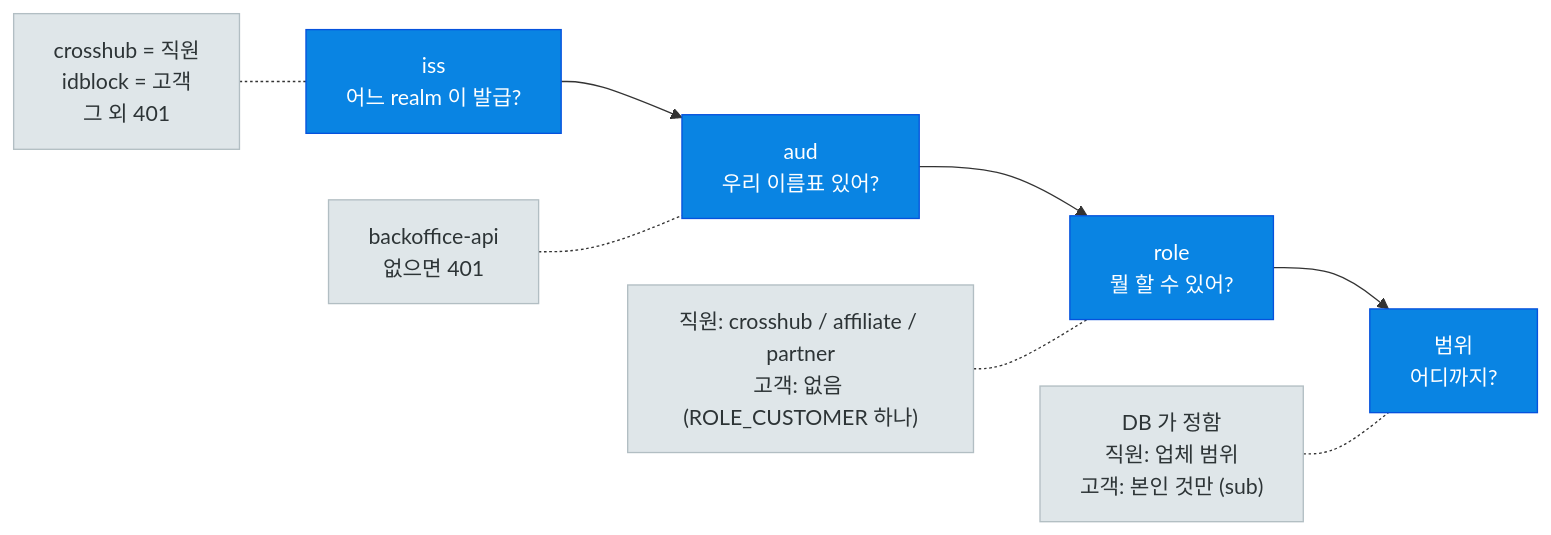
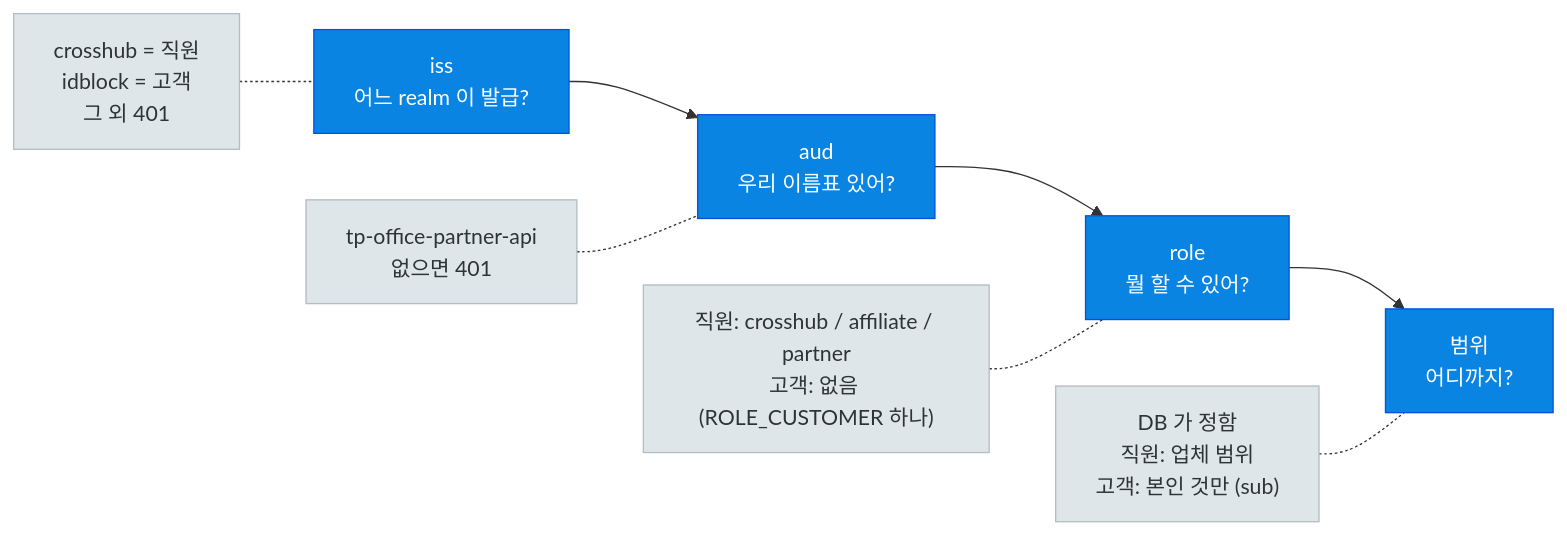
Before and after one commit to crosshub-poc-backoffice/travelpass-backoffice-BE: the third of 4 diagrams in docs/architecture-overview.md, drawn with Mermaid. The commit also changed other lines of this file and 16 other files, not shown here.

First line of the commit message:
refactor: Keycloak client 이름을 tp-office-partner-* 로

````diff
--- a/docs/architecture-overview.md
+++ b/docs/architecture-overview.md
@@ -126,13 +134,13 @@
 ```mermaid
 flowchart LR
   A["iss<br/>어느 realm 이 발급?"] --> B["aud<br/>우리 이름표 있어?"] --> C["role<br/>뭘 할 수 있어?"] --> D["범위<br/>어디까지?"]
   A1["crosshub = 직원<br/>idblock = 고객<br/>그 외 401"] -.- A
-  B1["backoffice-api<br/>없으면 401"] -.- B
+  B1["tp-office-partner-api<br/>없으면 401"] -.- B
   C1["직원: crosshub / affiliate / partner<br/>고객: 없음 (ROLE_CUSTOMER 하나)"] -.- C
   D1["DB 가 정함<br/>직원: 업체 범위<br/>고객: 본인 것만 (sub)"] -.- D
 
   classDef step fill:#0984e3,stroke:#0652DD,color:#fff
   classDef note fill:#dfe6e9,stroke:#b2bec3,color:#2d3436
   class A,B,C,D step
   class A1,B1,C1,D1 note
 ```
````
